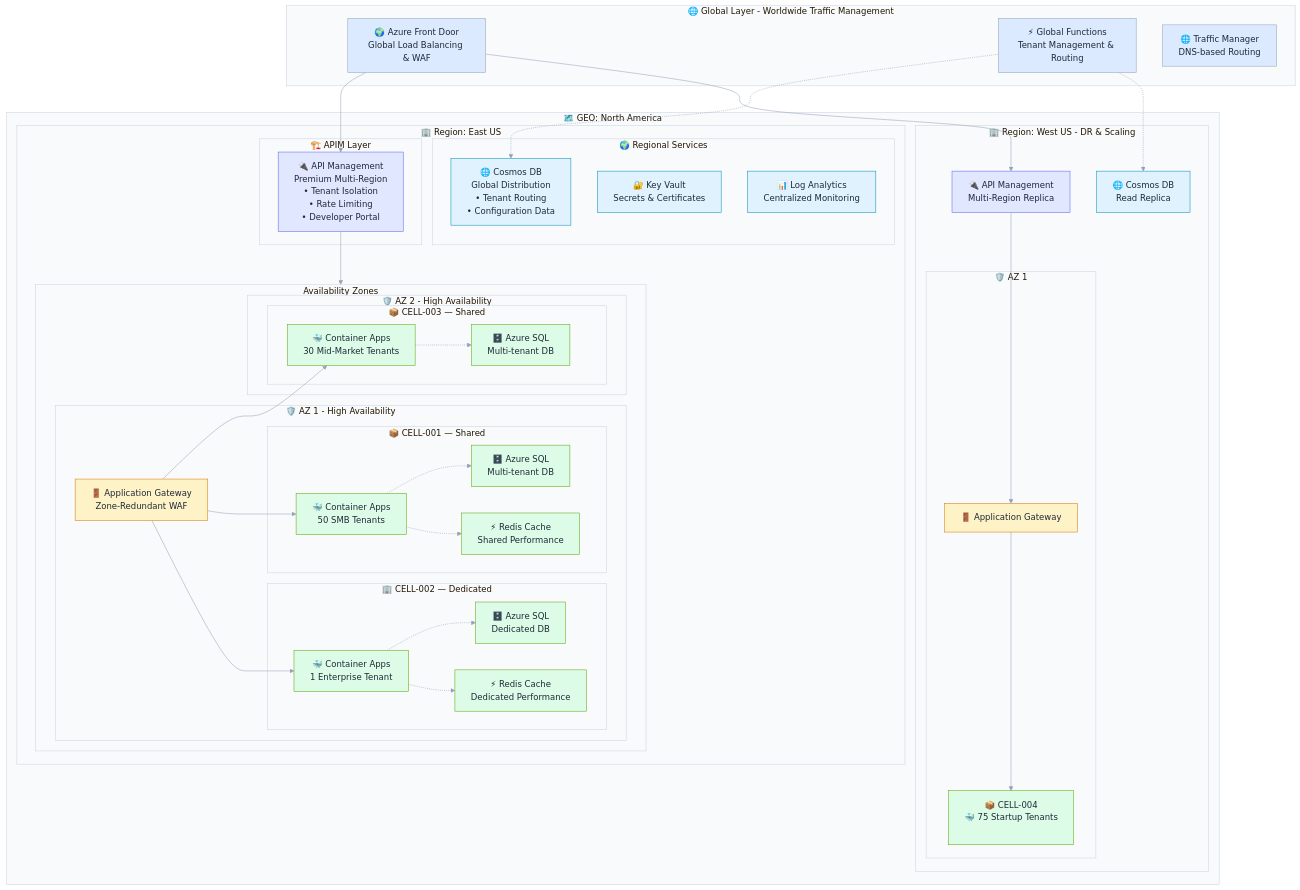
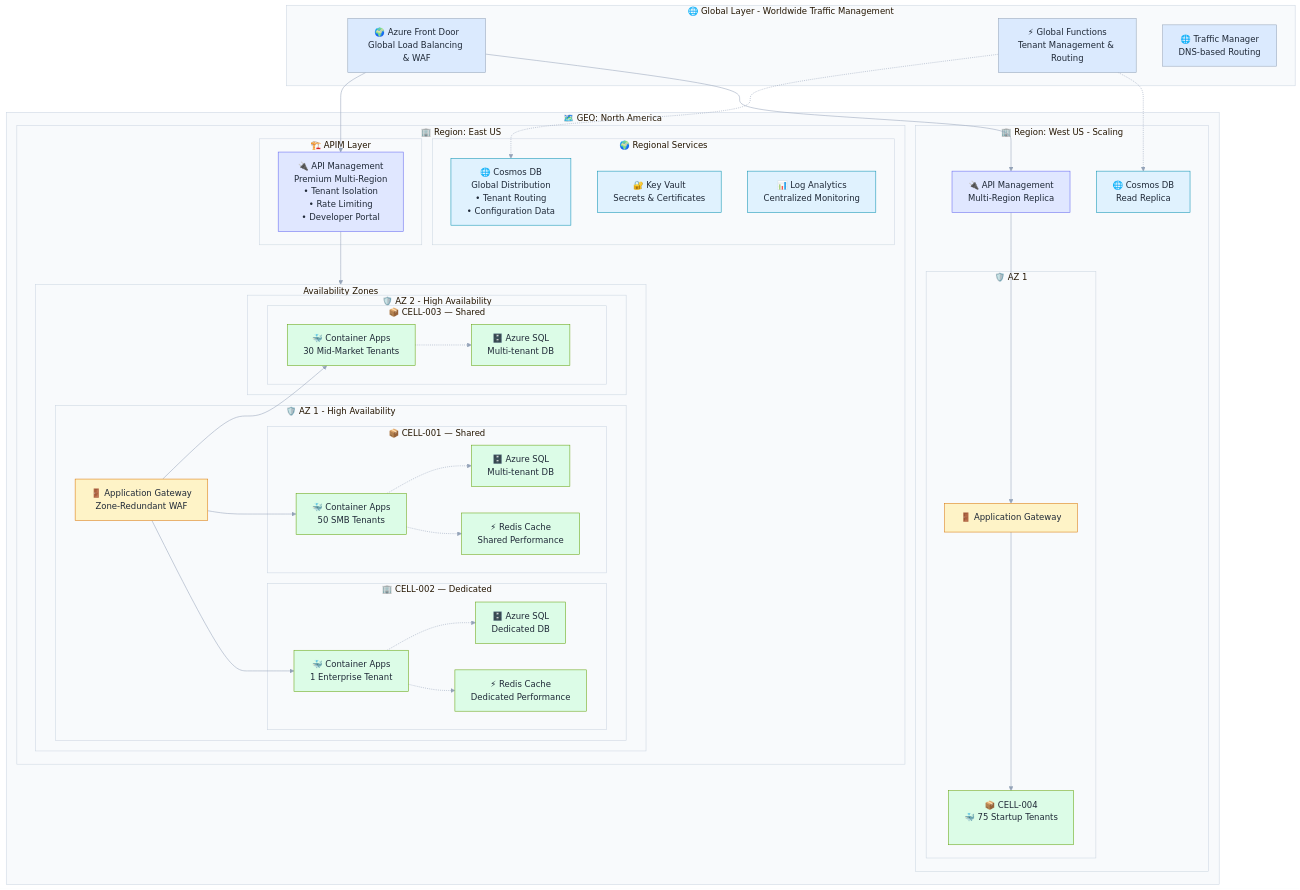
One commit to srnichols/StampsPattern changed the diagram in README.md. Above: the diagram before and after it, drawn with Mermaid.

Commit message:
docs(readme): rename subgraph to 'Region: West US - Scaling'

```diff
--- a/README.md
+++ b/README.md
@@ -75,7 +75,7 @@
             end
         end
         
-    subgraph "🏢 Region: West US - DR & Scaling"
+    subgraph "🏢 Region: West US - Scaling"
             APIM2[🔌 API Management<br/>Multi-Region Replica]
             subgraph "🛡️ AZ 1"
                 AG2[🚪 Application Gateway]
```
